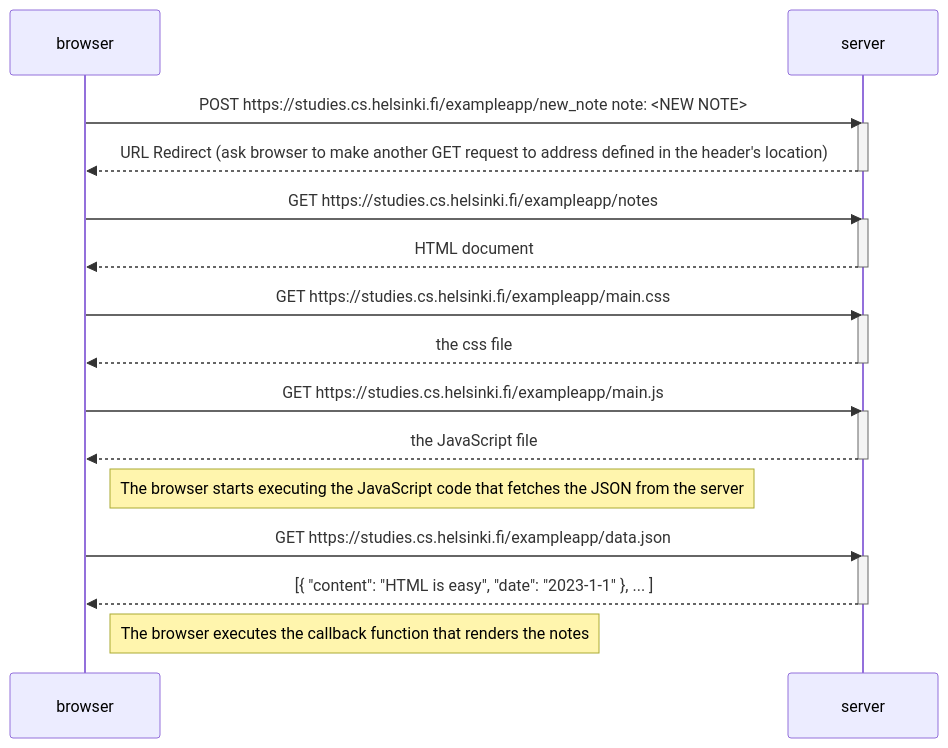
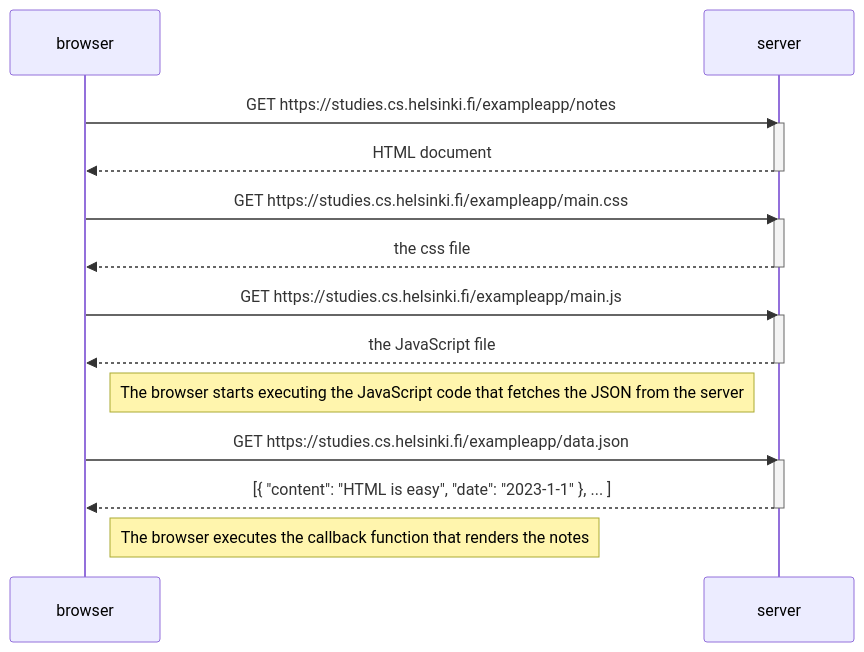
Before and after one commit to aleksmllr/fullstackopen: the diagram in part0/spaDiagram.md, drawn with Mermaid.

Commit message:
update SPA diagram...

````diff
--- a/part0/spaDiagram.md
+++ b/part0/spaDiagram.md
@@ -2,34 +2,29 @@
 ```mermaid
 sequenceDiagram
     participant browser
     participant server
-
-    browser->>server: POST https://studies.cs.helsinki.fi/exampleapp/new_note        note: <NEW NOTE>
-    activate server
-    server-->>browser: URL Redirect (ask browser to make another GET request to address defined in the header's location)
-    deactivate server
 
     browser->>server: GET https://studies.cs.helsinki.fi/exampleapp/notes
     activate server
     server-->>browser: HTML document
     deactivate server
 
     browser->>server: GET https://studies.cs.helsinki.fi/exampleapp/main.css
     activate server
     server-->>browser: the css file
     deactivate server
 
     browser->>server: GET https://studies.cs.helsinki.fi/exampleapp/main.js
     activate server
     server-->>browser: the JavaScript file
     deactivate server
 
     Note right of browser: The browser starts executing the JavaScript code that fetches the JSON from the server
 
     browser->>server: GET https://studies.cs.helsinki.fi/exampleapp/data.json
     activate server
     server-->>browser: [{ "content": "HTML is easy", "date": "2023-1-1" }, ... ]
     deactivate server
 
     Note right of browser: The browser executes the callback function that renders the notes
 ```
````
